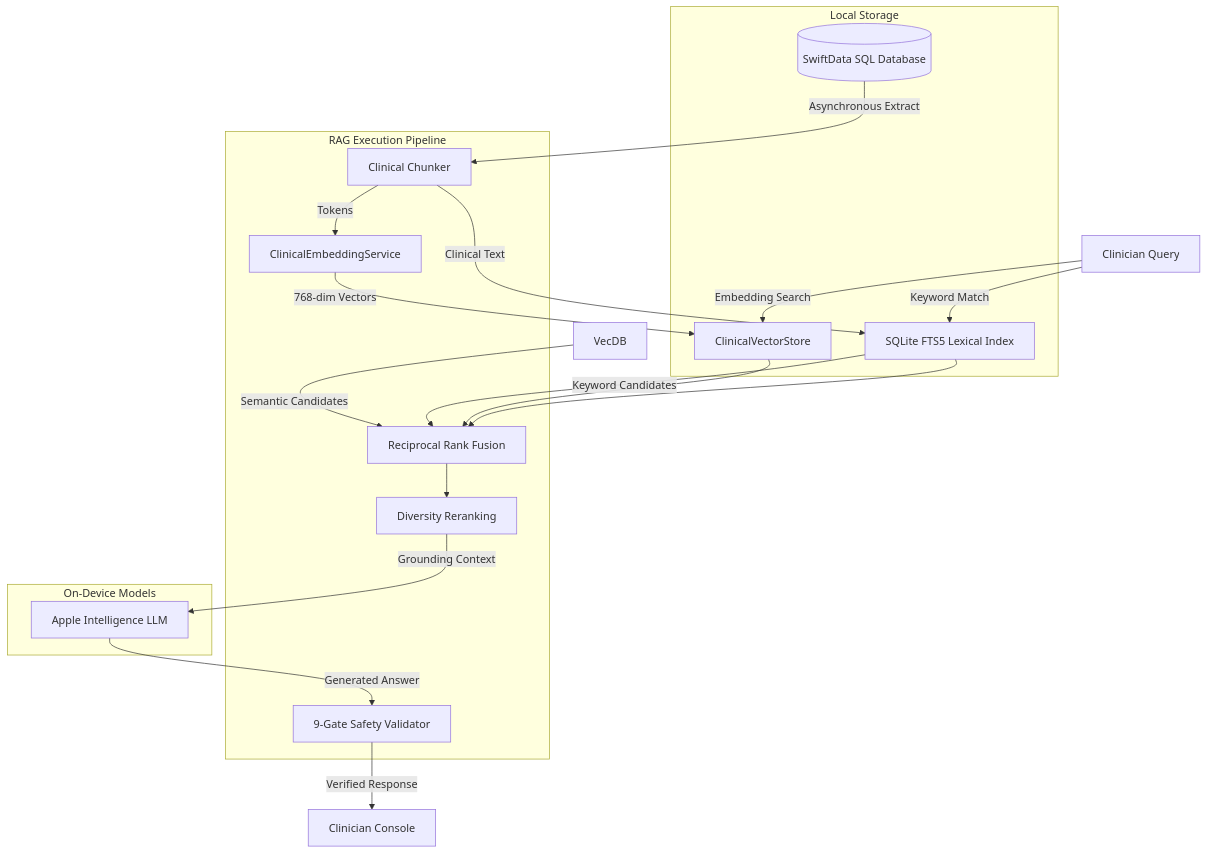
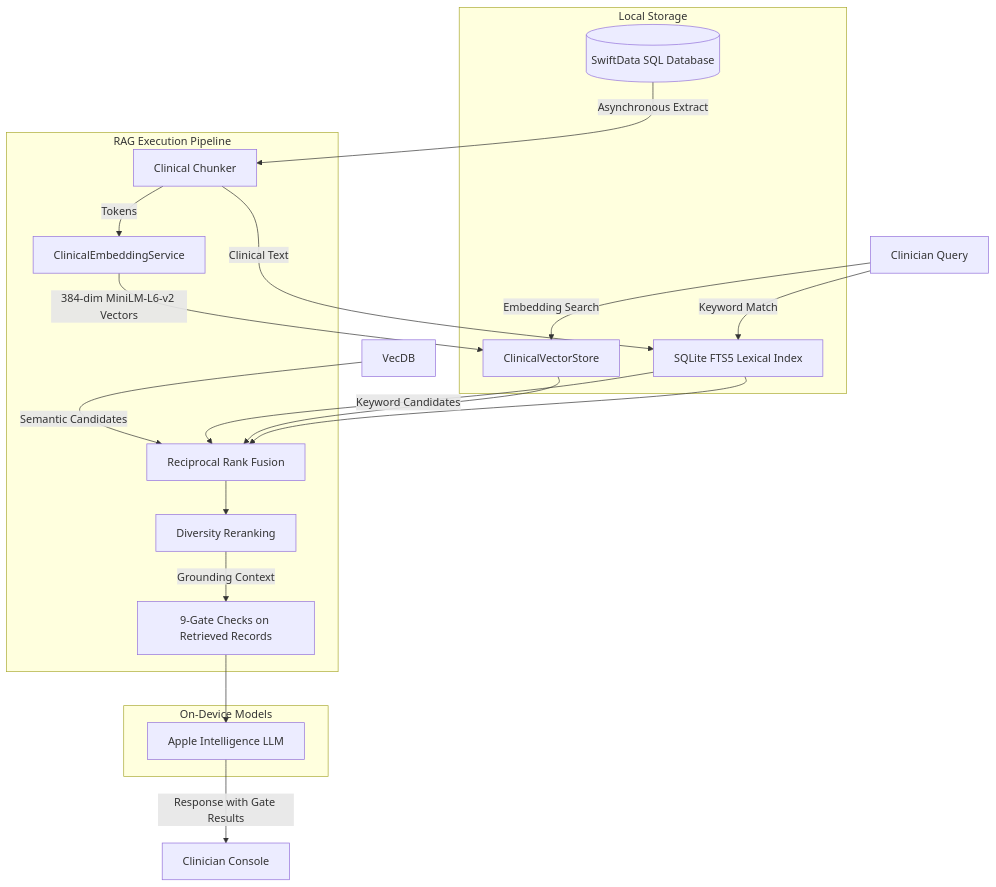
The diagram in docs/CASE_STUDY.md (Gunnarguy/OpenClinic), drawn with Mermaid before and after one commit. The commit also changed other lines of this file and 5 other files, not shown here.

Commit message:
docs: correct claims the code contradicts: 384-dim MiniLM embeddings, gates score retrieved records, dictation audio may go to Apple, Swift 5 mode, native macOS, storage, logging and seeding

````diff
--- a/docs/CASE_STUDY.md
+++ b/docs/CASE_STUDY.md
@@ -35,35 +35,35 @@
 ```mermaid
 flowchart TD
     subgraph Storage ["Local Storage"]
         SD[(SwiftData SQL Database)]
         VecStore[ClinicalVectorStore]
         FTSIndex[SQLite FTS5 Lexical Index]
     end
 
     subgraph Pipeline ["RAG Execution Pipeline"]
         Chunker[Clinical Chunker]
         EmbedSvc[ClinicalEmbeddingService]
         RRF[Reciprocal Rank Fusion]
         MMR[Diversity Reranking]
-        Gates[9-Gate Safety Validator]
+        Gates[9-Gate Checks on Retrieved Records]
     end
 
     subgraph Models ["On-Device Models"]
         FM[Apple Intelligence LLM]
     end
 
     SD -->|Asynchronous Extract| Chunker
     Chunker -->|Clinical Text| FTSIndex
     Chunker -->|Tokens| EmbedSvc
-    EmbedSvc -->|768-dim Vectors| VecStore
+    EmbedSvc -->|384-dim MiniLM-L6-v2 Vectors| VecStore
 
     Query[Clinician Query] -->|Embedding Search| VecStore
     Query -->|Keyword Match| FTSIndex
     VecDB -->|Semantic Candidates| RRF
     FTSIndex -->|Keyword Candidates| RRF
     VecStore & FTSIndex --> RRF
     RRF --> MMR
-    MMR -->|Grounding Context| FM
-    FM -->|Generated Answer| Gates
-    Gates -->|Verified Response| UI[Clinician Console]
+    MMR -->|Grounding Context| Gates
+    Gates --> FM
+    FM -->|Response with Gate Results| UI[Clinician Console]
 ```
````
